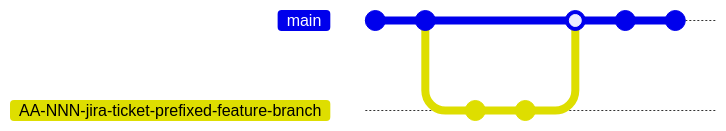
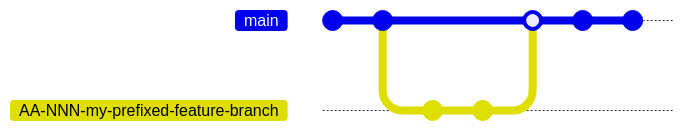
One commit to HariSekhon/Diagrams-as-Code changed the diagram in README.md. Above: the diagram before and after it, drawn with Mermaid. Commit ids are hidden.

````diff
--- a/README.md
+++ b/README.md
@@ -253,13 +253,13 @@
 ```mermaid
 gitGraph
     commit
     commit
-    branch AA-NNN-jira-ticket-prefixed-feature-branch
-    checkout AA-NNN-jira-ticket-prefixed-feature-branch
+    branch AA-NNN-my-prefixed-feature-branch
+    checkout AA-NNN-my-prefixed-feature-branch
     commit
     commit
     checkout main
-    merge AA-NNN-jira-ticket-prefixed-feature-branch
+    merge AA-NNN-my-prefixed-feature-branch
     commit
     commit
 ```
````
